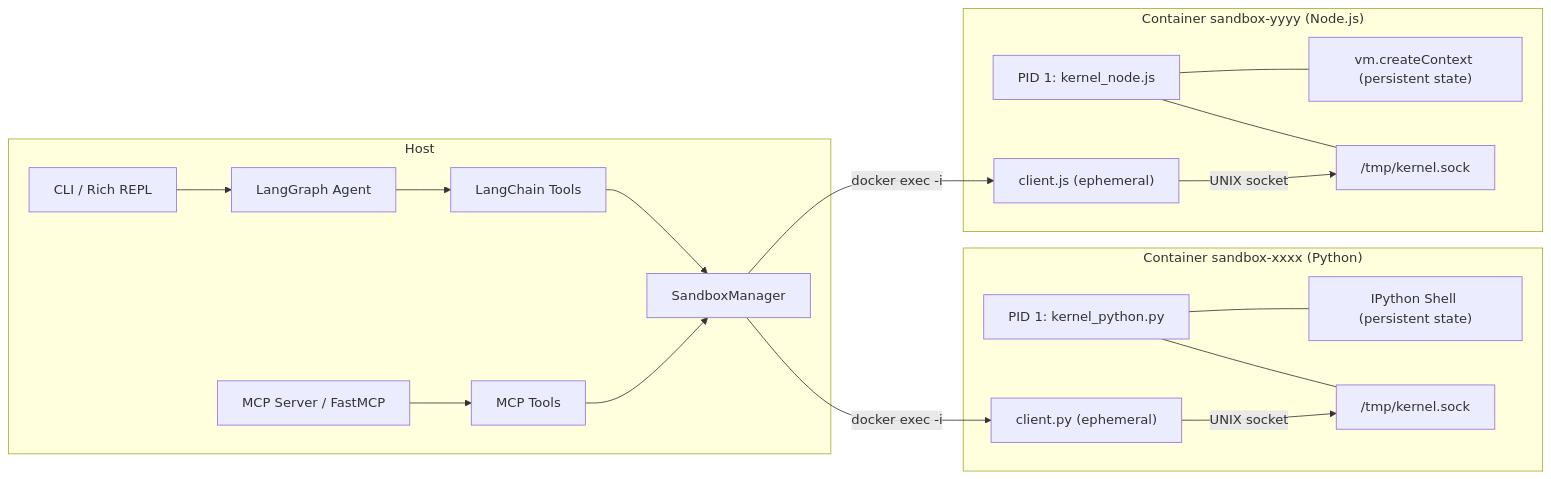
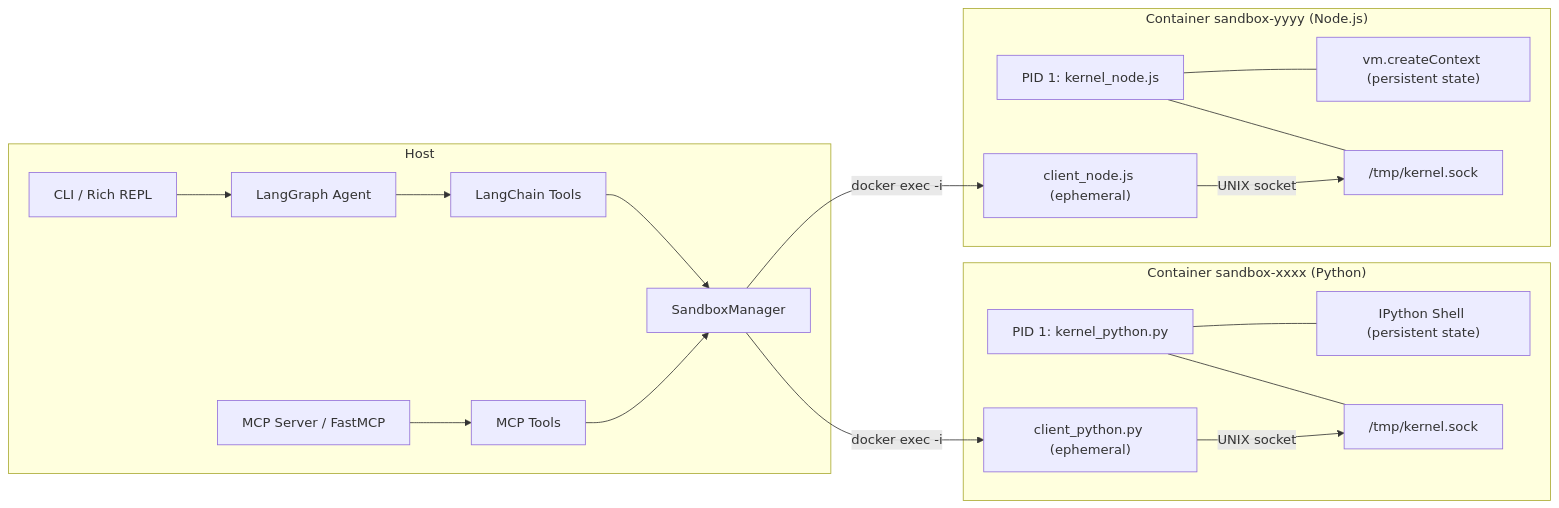
Before and after one commit to eduresser/sandbox-agent: the diagram in README.md, drawn with Mermaid. The commit also changed 11 other files, not shown here.

Commit message:
Refactor sandbox agent Dockerfiles to unify client implementations across languages. Replace individual client scripts with a unified C client for Python, Node.js, R, and Julia, enhancing performance and reducing image size. Update README documentation to reflect new client filenames and paths.

````diff
--- a/README.md
+++ b/README.md
@@ -182,39 +182,39 @@
 ```mermaid
 flowchart LR
     subgraph host [Host]
         CLI[CLI / Rich REPL]
         Agent[LangGraph Agent]
         Tools[LangChain Tools]
         MCP[MCP Server / FastMCP]
         MCPTools[MCP Tools]
         SM[SandboxManager]
 
         CLI --> Agent --> Tools --> SM
         MCP --> MCPTools --> SM
     end
 
     subgraph pyContainer ["Container sandbox-xxxx (Python)"]
         KP["PID 1: kernel_python.py"]
         IPython["IPython Shell (persistent state)"]
         SockP["/tmp/kernel.sock"]
-        ClientP["client.py (ephemeral)"]
+        ClientP["client_python.py (ephemeral)"]
 
         KP --- IPython
         KP --- SockP
         ClientP -->|UNIX socket| SockP
     end
 
     subgraph nodeContainer ["Container sandbox-yyyy (Node.js)"]
         KN["PID 1: kernel_node.js"]
         VM["vm.createContext (persistent state)"]
         SockN["/tmp/kernel.sock"]
-        ClientN["client.js (ephemeral)"]
+        ClientN["client_node.js (ephemeral)"]
 
         KN --- VM
         KN --- SockN
         ClientN -->|UNIX socket| SockN
     end
 
     SM -->|"docker exec -i"| ClientP
     SM -->|"docker exec -i"| ClientN
 ```
````
